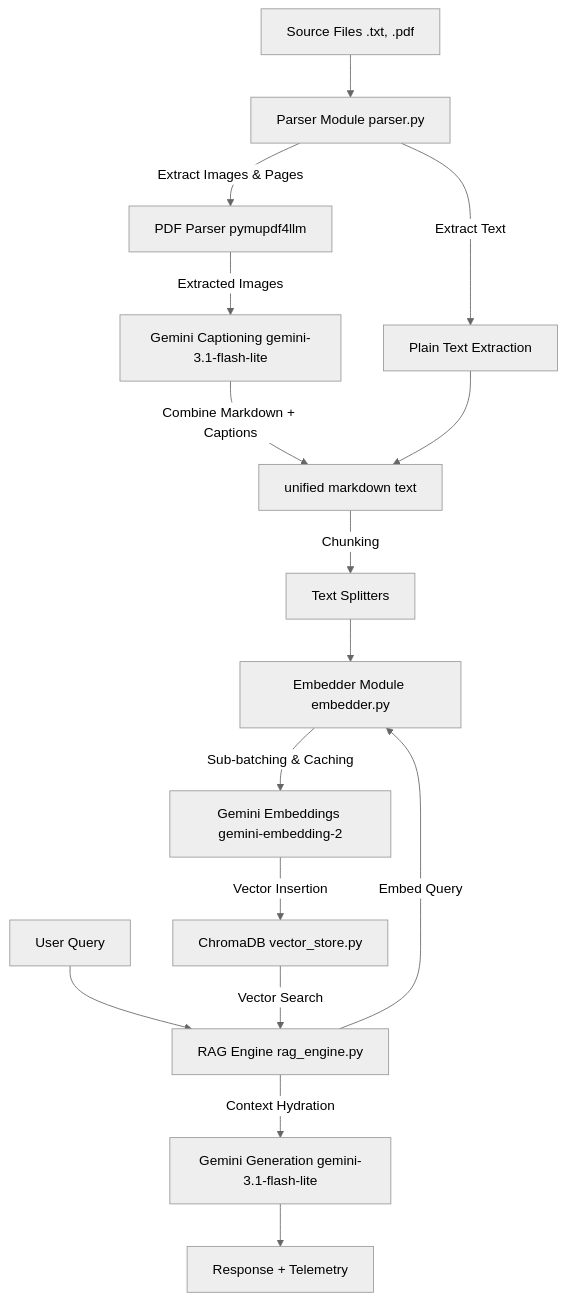
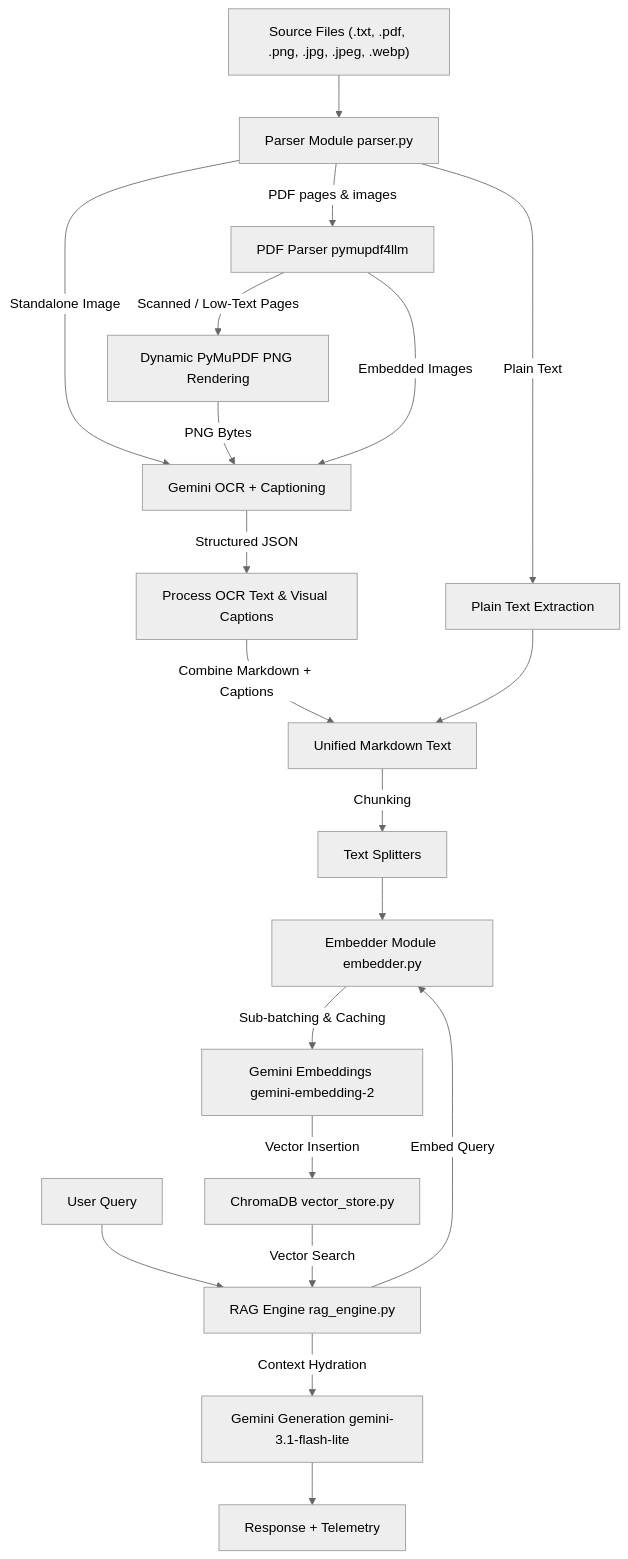
The diagram in ai-chat/docs/ARCHITECTURE.md (cafesuada24/eval-platform), drawn with Mermaid (neutral theme) before and after one commit. The commit also changed other lines of this file and 1 other file, not shown here.

Commit message:
docs: update README and architecture docs with hybrid OCR design

````diff
--- a/ai-chat/docs/ARCHITECTURE.md
+++ b/ai-chat/docs/ARCHITECTURE.md
@@ -9,19 +9,23 @@
 ```mermaid
 graph TD
-    A[Source Files .txt, .pdf] --> B[Parser Module parser.py]
-    B -->|Extract Text| C[Plain Text Extraction]
-    B -->|Extract Images & Pages| D[PDF Parser pymupdf4llm]
-    D -->|Extracted Images| E[Gemini Captioning gemini-3.1-flash-lite]
-    E -->|Combine Markdown + Captions| F[unified markdown text]
-    C --> F
-    F -->|Chunking| G[Text Splitters]
-    G --> H[Embedder Module embedder.py]
-    H -->|Sub-batching & Caching| I[Gemini Embeddings gemini-embedding-2]
-    I -->|Vector Insertion| J[ChromaDB vector_store.py]
+    A["Source Files (.txt, .pdf, .png, .jpg, .jpeg, .webp)"] --> B[Parser Module parser.py]
+    B -->|Plain Text| C[Plain Text Extraction]
+    B -->|Standalone Image| D[Gemini OCR + Captioning]
+    B -->|PDF pages & images| E[PDF Parser pymupdf4llm]
+    E -->|Scanned / Low-Text Pages| F[Dynamic PyMuPDF PNG Rendering]
+    F -->|PNG Bytes| D
+    E -->|Embedded Images| D
+    D -->|Structured JSON| G[Process OCR Text & Visual Captions]
+    G -->|Combine Markdown + Captions| H[Unified Markdown Text]
+    C --> H
+    H -->|Chunking| I[Text Splitters]
+    I --> J[Embedder Module embedder.py]
+    J -->|Sub-batching & Caching| K[Gemini Embeddings gemini-embedding-2]
+    K -->|Vector Insertion| L[ChromaDB vector_store.py]
     
-    K[User Query] --> L[RAG Engine rag_engine.py]
-    L -->|Embed Query| H
-    J -->|Vector Search| L
-    L -->|Context Hydration| M[Gemini Generation gemini-3.1-flash-lite]
-    M --> N[Response + Telemetry]
+    M[User Query] --> N[RAG Engine rag_engine.py]
+    N -->|Embed Query| J
+    L -->|Vector Search| N
+    N -->|Context Hydration| O[Gemini Generation gemini-3.1-flash-lite]
+    O --> P[Response + Telemetry]
 ```
````
